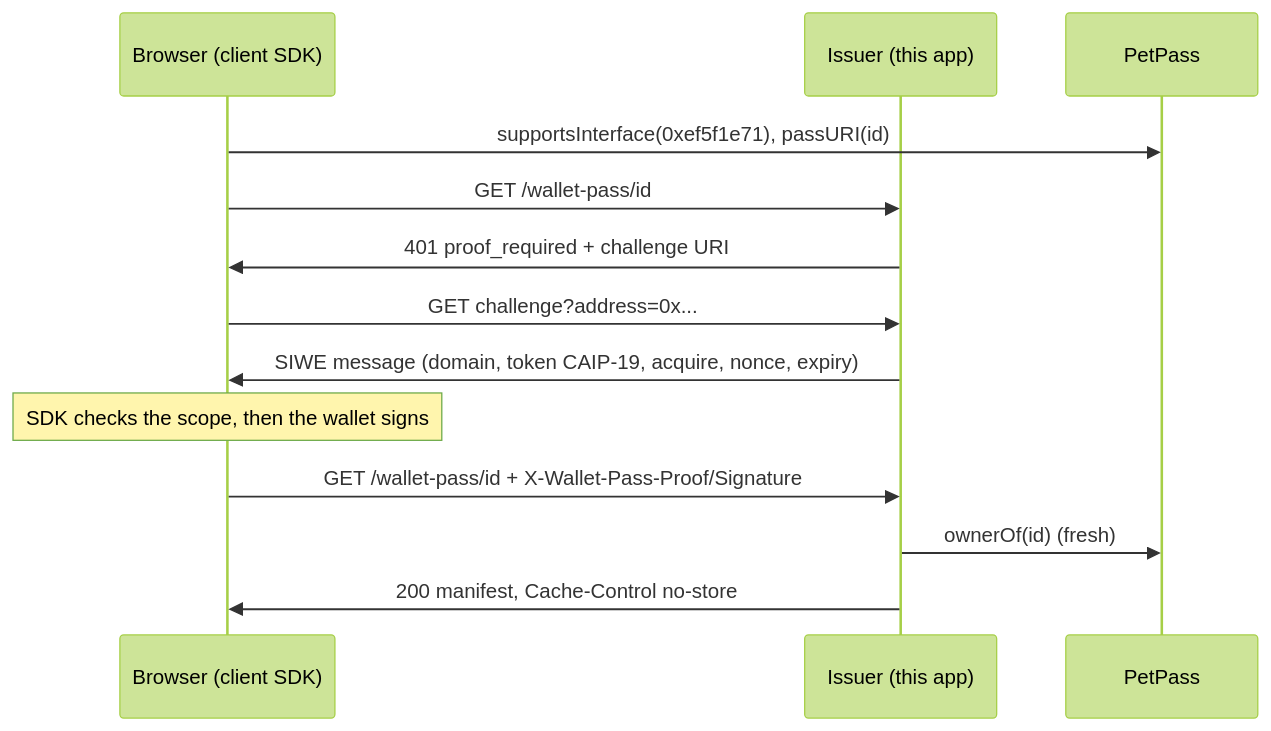
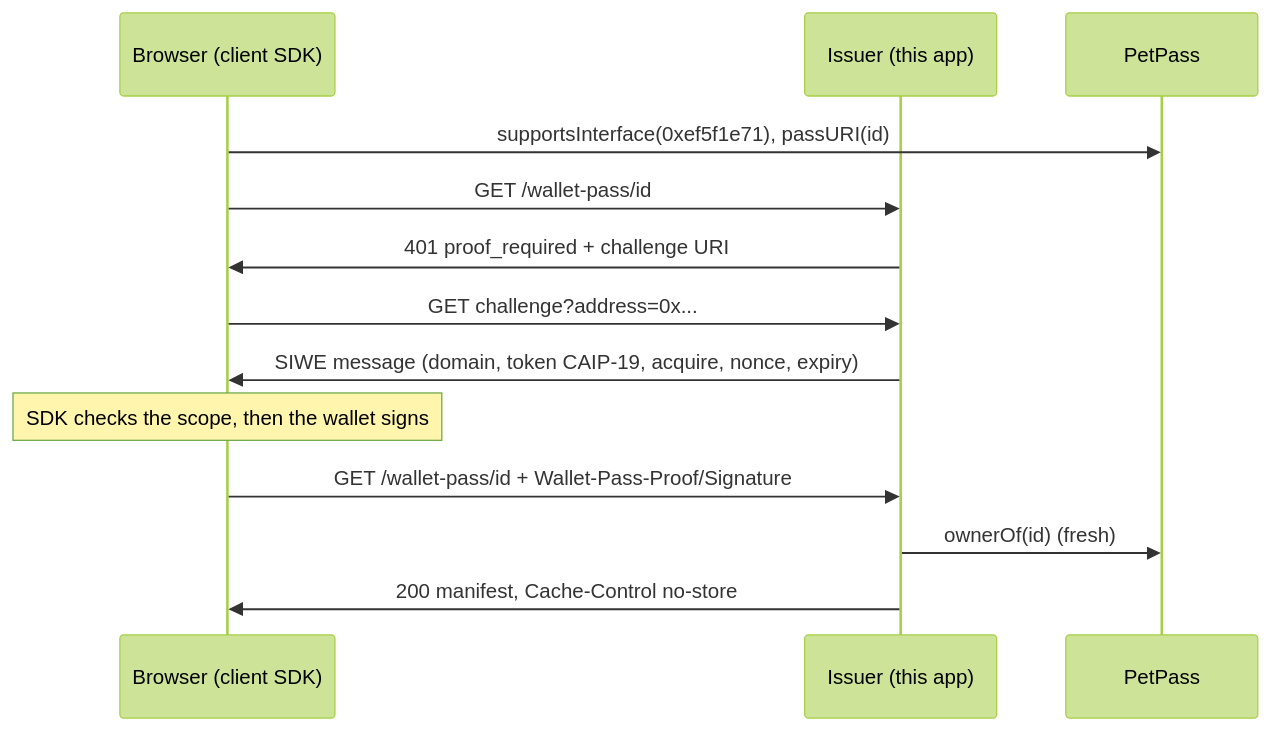
Before and after one commit to huntclubhero/erc8426-sdk: the diagram in examples/next-app/README.md, drawn with Mermaid (forest theme). The commit also changed 16 other files, not shown here.

First line of the commit message:
spec: Wallet-Pass-* proof headers (X- names still read) and manifest version 1

````diff
--- a/examples/next-app/README.md
+++ b/examples/next-app/README.md
@@ -50,15 +50,15 @@
 ```mermaid
 sequenceDiagram
   participant U as Browser (client SDK)
   participant I as Issuer (this app)
   participant C as PetPass
   U->>C: supportsInterface(0xef5f1e71), passURI(id)
   U->>I: GET /wallet-pass/id
   I->>U: 401 proof_required + challenge URI
   U->>I: GET challenge?address=0x...
   I->>U: SIWE message (domain, token CAIP-19, acquire, nonce, expiry)
   Note over U: SDK checks the scope, then the wallet signs
-  U->>I: GET /wallet-pass/id + X-Wallet-Pass-Proof/Signature
+  U->>I: GET /wallet-pass/id + Wallet-Pass-Proof/Signature
   I->>C: ownerOf(id) (fresh)
   I->>U: 200 manifest, Cache-Control no-store
 ```
````
